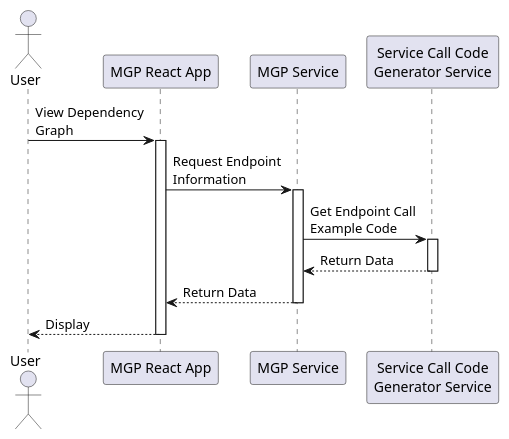
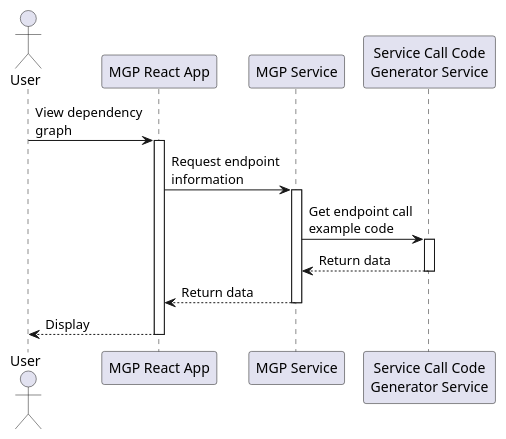
Before and after one commit to b4456609/mgp-back: the diagram in diagram/sequence/servicecallcode.puml, drawn with PlantUML. The commit also changed 5 other files, not shown here.

Commit message:
change diagram to lower case

```diff
--- a/diagram/sequence/servicecallcode.puml
+++ b/diagram/sequence/servicecallcode.puml
@@ -1,27 +1,27 @@
 @startuml
 actor User
 participant "MGP React App" as A
 participant "MGP Service" as B
 participant "Service Call Code\nGenerator Service" as C
 
-User -> A: View Dependency\nGraph
+User -> A: View dependency\ngraph
 activate A
 
-A -> B: Request Endpoint\nInformation
+A -> B: Request endpoint\ninformation
 activate B
 
-B -> C: Get Endpoint Call\nExample Code
+B -> C: Get endpoint call\nexample code
 activate C
-B <-- C: Return Data
+B <-- C: Return data
 deactivate C
 
-B --> A: Return Data
+B --> A: Return data
 deactivate B
 
 A --> User: Display
 deactivate A
 
 
 
 
 @enduml
```
